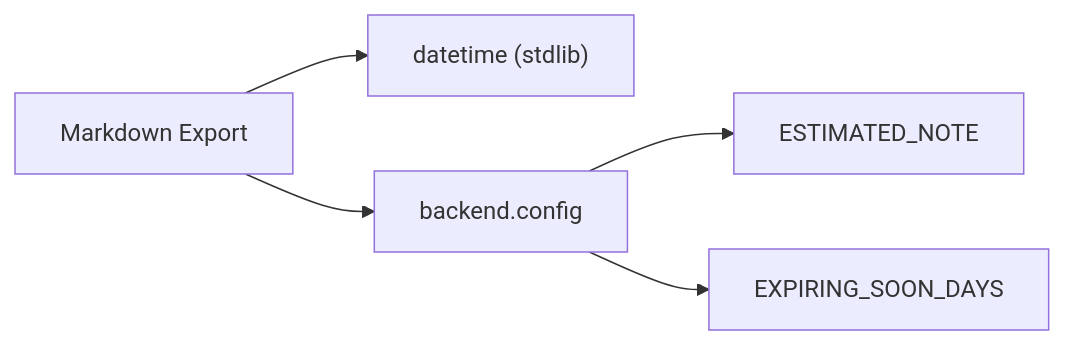
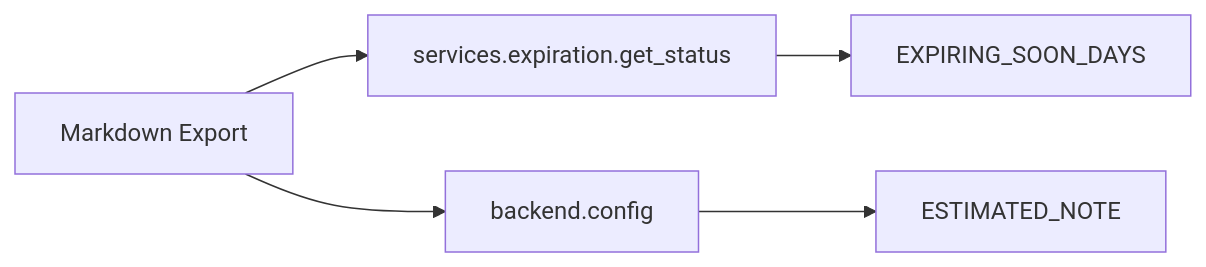
The diagram in wiki/modules/backend-service-markdown-export.md (lorecanc/dispensapp), drawn with Mermaid before and after one commit. The commit also changed other lines of this file and 55 other files, not shown here.

````diff
--- a/wiki/modules/backend-service-markdown-export.md
+++ b/wiki/modules/backend-service-markdown-export.md
@@ -63,7 +65,7 @@
 ```mermaid
 graph LR
-    MarkdownExport["Markdown Export"] --> datetime["datetime (stdlib)"]
+    MarkdownExport["Markdown Export"] --> GetStatus["services.expiration.get_status"]
     MarkdownExport --> ConfigModule["backend.config"]
     ConfigModule --> ESTIMATED_NOTE
-    ConfigModule --> EXPIRING_SOON_DAYS
+    GetStatus --> EXPIRING_SOON_DAYS
 ```
````
